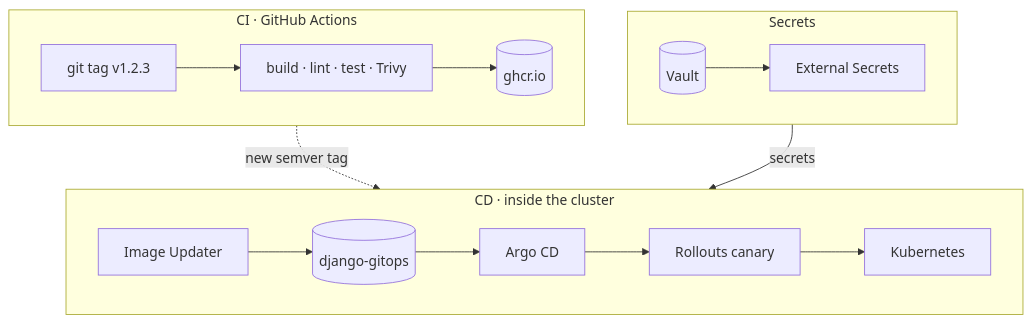
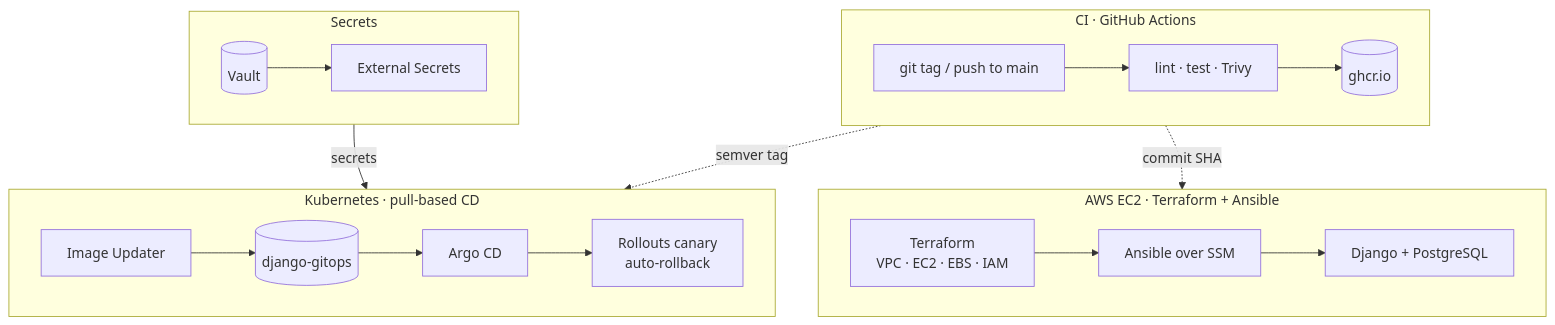
The diagram in README.md (filooww/filooww), drawn with Mermaid before and after one commit.

Commit message:
Profile diagram: both deployment paths and auto-rollback

````diff
--- a/README.md
+++ b/README.md
@@ -32,17 +32,22 @@
 ```mermaid
 flowchart TB
   subgraph CI["CI · GitHub Actions"]
     direction LR
-    tag[git tag v1.2.3] --> build[build · lint · test · Trivy] --> ghcr[(ghcr.io)]
+    src[git tag / push to main] --> build[lint · test · Trivy] --> ghcr[(ghcr.io)]
   end
-  subgraph CD["CD · inside the cluster"]
+  subgraph K8S["Kubernetes · pull-based CD"]
     direction LR
-    iu[Image Updater] --> repo[(django-gitops)] --> argo[Argo CD] --> ro[Rollouts canary] --> k8s[Kubernetes]
+    iu[Image Updater] --> repo[(django-gitops)] --> argo[Argo CD] --> ro[Rollouts canary<br/>auto-rollback]
+  end
+  subgraph AWS["AWS EC2 · Terraform + Ansible"]
+    direction LR
+    tf[Terraform<br/>VPC · EC2 · EBS · IAM] --> ans[Ansible over SSM] --> ec2[Django + PostgreSQL]
   end
   subgraph SEC["Secrets"]
     direction LR
     vault[(Vault)] --> eso[External Secrets]
   end
-  CI -. new semver tag .-> CD
-  SEC -- secrets --> CD
+  CI -. semver tag .-> K8S
+  CI -. commit SHA .-> AWS
+  SEC -- secrets --> K8S
 ```
````
